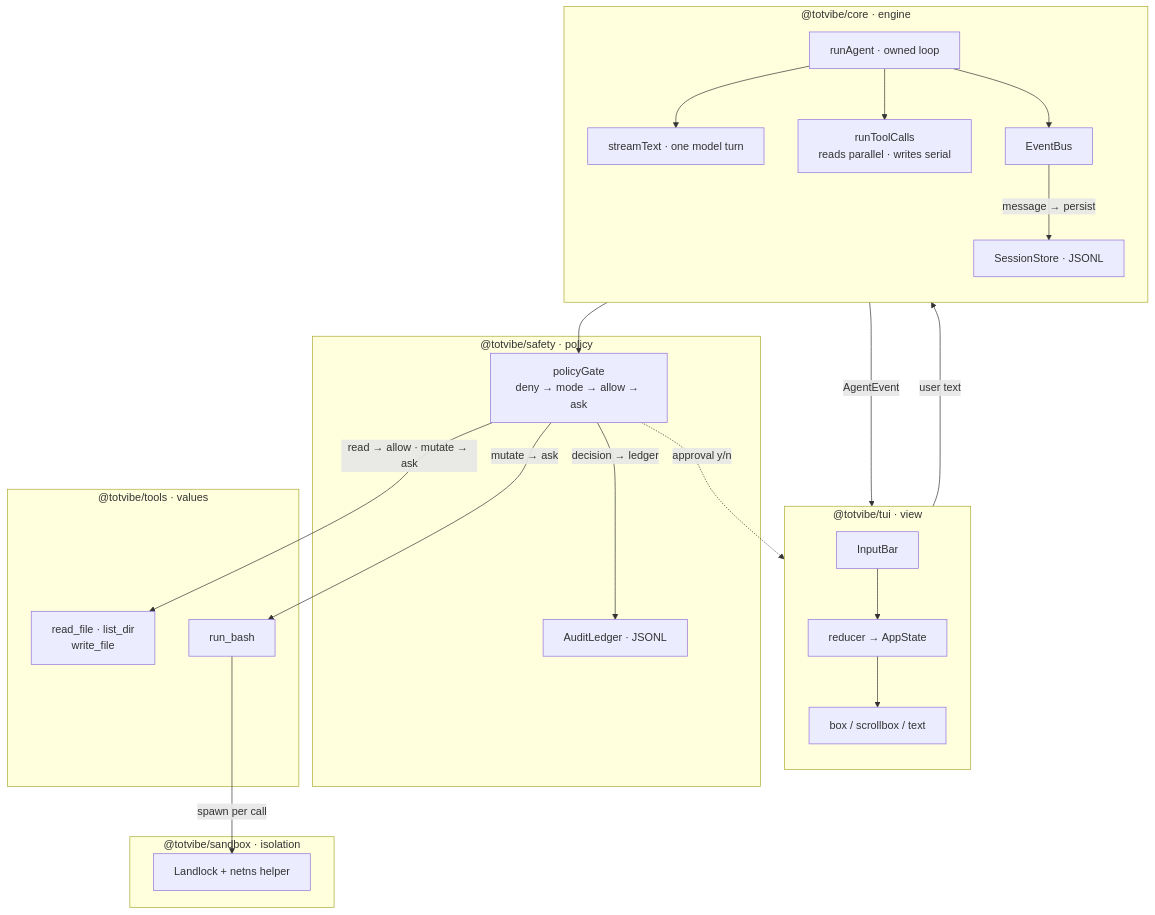
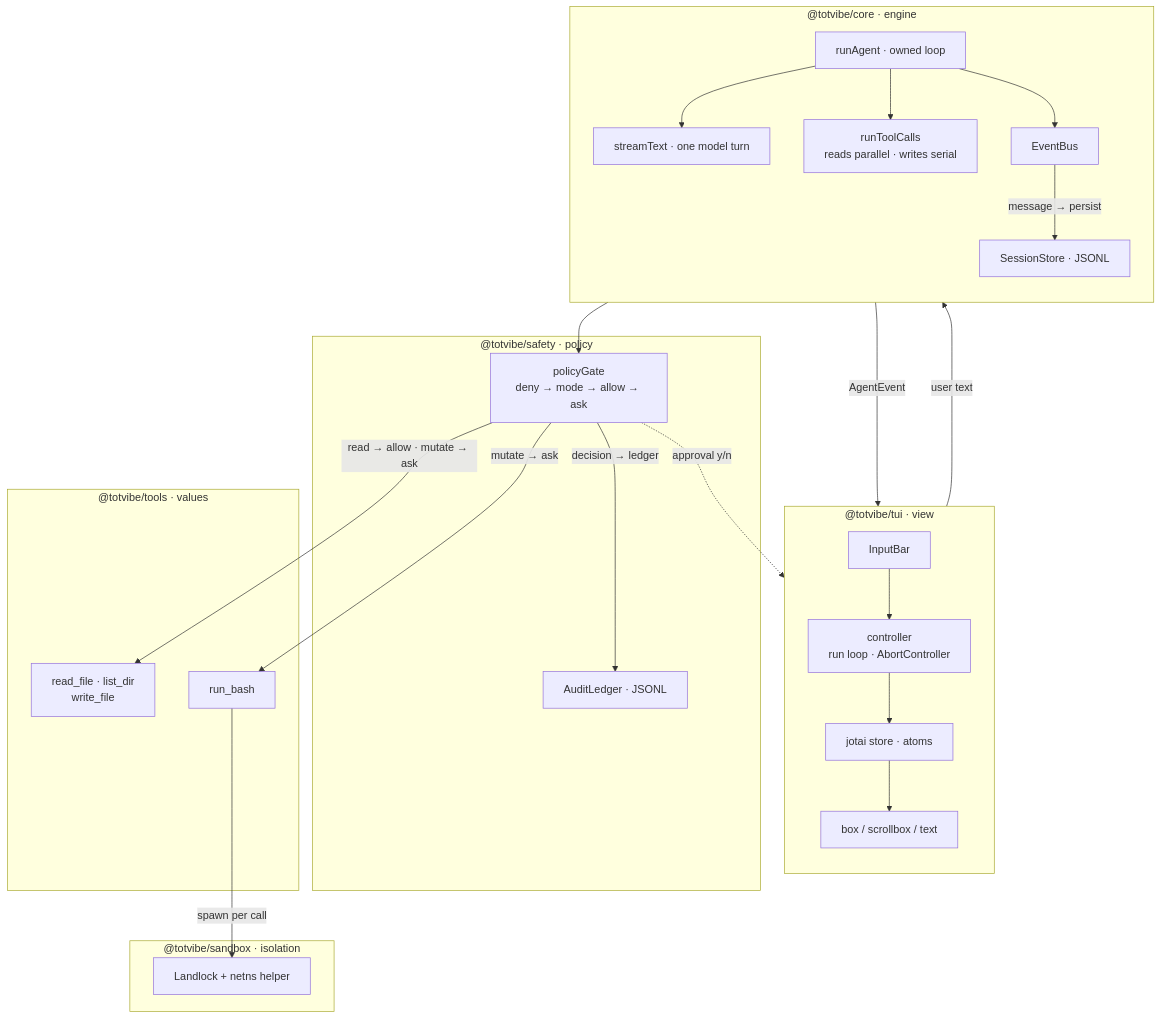
Before and after one commit to realSergiy/totvibe-agent: the diagram in README.md, drawn with Mermaid. The commit also changed other lines of this file and 57 other files, not shown here.

````diff
--- a/README.md
+++ b/README.md
@@ -114,42 +124,43 @@
 ```mermaid
 flowchart TD
     subgraph tui["@totvibe/tui · view"]
       direction TB
       Input["InputBar"]
-      Reducer["reducer → AppState"]
+      Controller["controller<br/>run loop · AbortController"]
+      Atoms["jotai store · atoms"]
       Render["box / scrollbox / text"]
-      Input --> Reducer --> Render
+      Input --> Controller --> Atoms --> Render
     end
     subgraph core["@totvibe/core · engine"]
       direction TB
       Loop["runAgent · owned loop"]
       Stream["streamText · one model turn"]
       Dispatch["runToolCalls<br/>reads parallel · writes serial"]
       Bus["EventBus"]
       Store["SessionStore · JSONL"]
       Loop --> Stream
       Loop --> Dispatch
       Loop --> Bus
       Bus -->|"message → persist"| Store
     end
     subgraph safety["@totvibe/safety · policy"]
       Gate["policyGate<br/>deny → mode → allow → ask"]
       Ledger["AuditLedger · JSONL"]
     end
     subgraph tools["@totvibe/tools · values"]
       Builtins["read_file · list_dir<br/>write_file"]
       Bash["run_bash"]
     end
     subgraph sandbox["@totvibe/sandbox · isolation"]
       Helper["Landlock + netns helper"]
     end
 
-    Input -->|"user text"| Loop
-    Bus -->|"AgentEvent"| Reducer
+    Controller -->|"user text"| Loop
+    Bus -->|"AgentEvent"| Controller
     Dispatch --> Gate
     Gate -->|"read → allow · mutate → ask"| Builtins
     Gate -->|"mutate → ask"| Bash
     Gate -->|"decision → ledger"| Ledger
     Bash -->|"spawn per call"| Helper
     Gate -.->|"approval y/n"| Render
 ```
````
